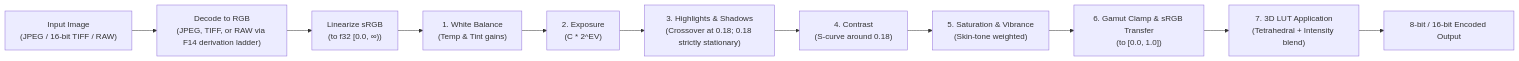
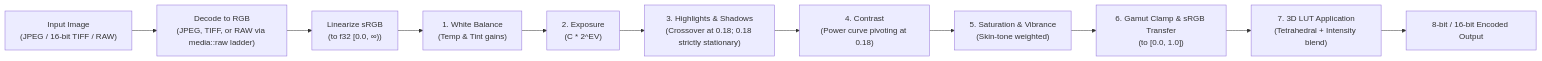
The diagram in docs/edit-plan.md (PabloGTUOC/MasterPhotoTools), drawn with Mermaid before and after one commit. The commit also changed other lines of this file and 4 other files, not shown here.

````diff
--- a/docs/edit-plan.md
+++ b/docs/edit-plan.md
@@ -117,13 +117,13 @@
 ```mermaid
 flowchart LR
-    Input["Input Image<br>(JPEG / 16-bit TIFF / RAW)"] --> Decode["Decode to RGB<br>(JPEG, TIFF, or RAW via F14 derivation ladder)"]
+    Input["Input Image<br>(JPEG / 16-bit TIFF / RAW)"] --> Decode["Decode to RGB<br>(JPEG, TIFF, or RAW via media::raw ladder)"]
     Decode --> Linear["Linearize sRGB<br>(to f32 [0.0, ∞))"]
     Linear --> WB["1. White Balance<br>(Temp & Tint gains)"]
     WB --> Exp["2. Exposure<br>(C * 2^EV)"]
     Exp --> Tone["3. Highlights & Shadows<br>(Crossover at 0.18; 0.18 strictly stationary)"]
-    Tone --> Contrast["4. Contrast<br>(S-curve around 0.18)"]
+    Tone --> Contrast["4. Contrast<br>(Power curve pivoting at 0.18)"]
     Contrast --> Sat["5. Saturation & Vibrance<br>(Skin-tone weighted)"]
     Sat --> Display["6. Gamut Clamp & sRGB Transfer<br>(to [0.0, 1.0])"]
     Display --> LUT["7. 3D LUT Application<br>(Tetrahedral + Intensity blend)"]
     LUT --> Output["8-bit / 16-bit Encoded Output"]
 ```
````
